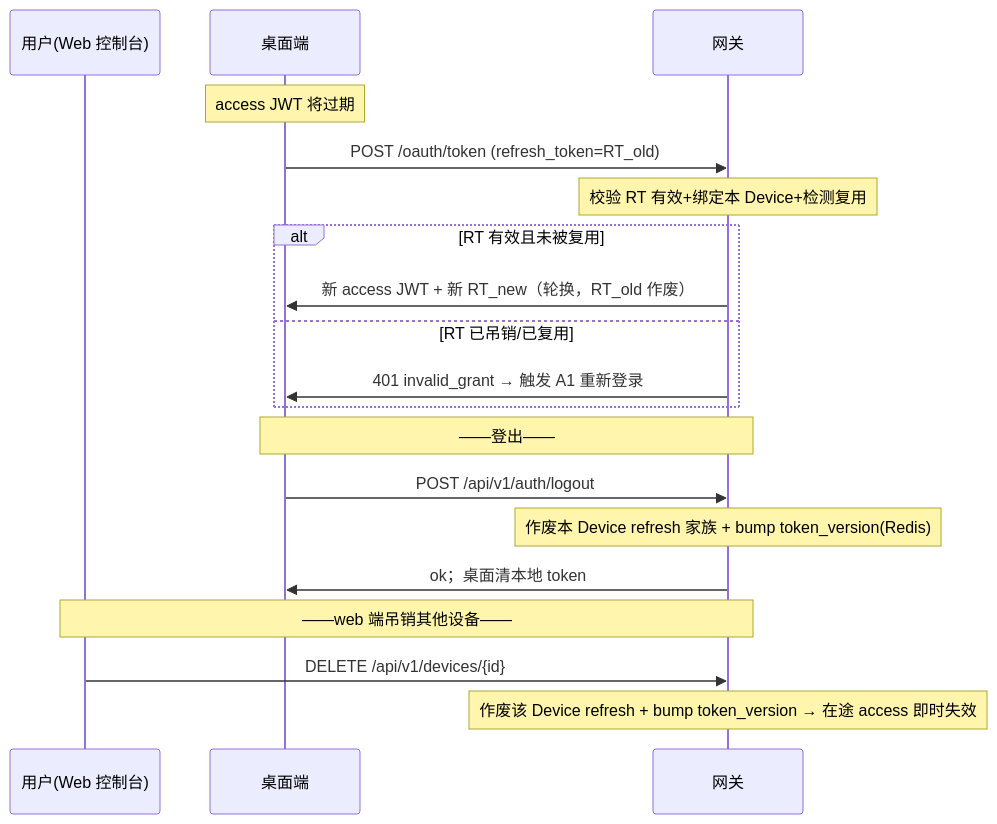
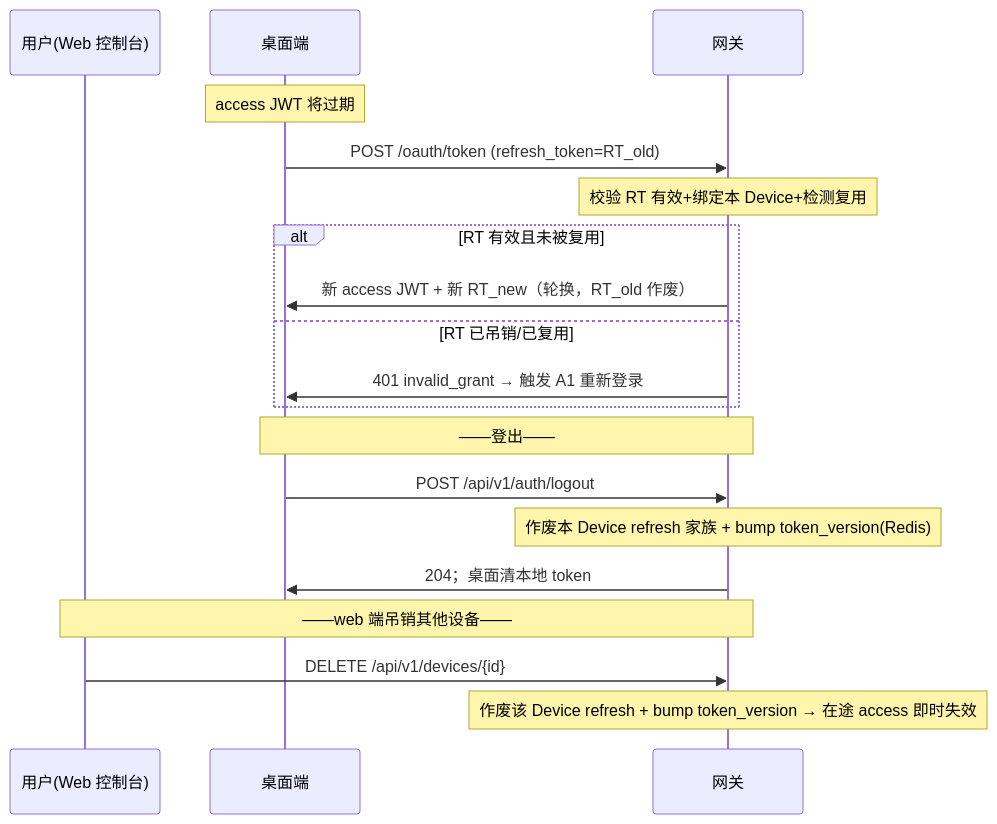
One commit to pysinsjz/vulture-gateway changed the second of 2 diagrams in docs/flows/auth.md. Above: the diagram before and after it, drawn with Mermaid. The commit also changed 4 other files, not shown here.

````diff
--- a/docs/flows/auth.md
+++ b/docs/flows/auth.md
@@ -95,24 +95,24 @@
 ```mermaid
 sequenceDiagram
     participant U as 用户(Web 控制台)
     participant D as 桌面端
     participant G as 网关
 
     Note over D: access JWT 将过期
     D->>G: POST /oauth/token (refresh_token=RT_old)
     Note over G: 校验 RT 有效+绑定本 Device+检测复用
     alt RT 有效且未被复用
         G->>D: 新 access JWT + 新 RT_new（轮换，RT_old 作废）
     else RT 已吊销/已复用
         G->>D: 401 invalid_grant → 触发 A1 重新登录
     end
 
     Note over D,G: ——登出——
     D->>G: POST /api/v1/auth/logout
     Note over G: 作废本 Device refresh 家族 + bump token_version(Redis)
-    G->>D: ok；桌面清本地 token
+    G->>D: 204；桌面清本地 token
 
     Note over U,G: ——web 端吊销其他设备——
     U->>G: DELETE /api/v1/devices/{id}
     Note over G: 作废该 Device refresh + bump token_version → 在途 access 即时失效
 ```
````
